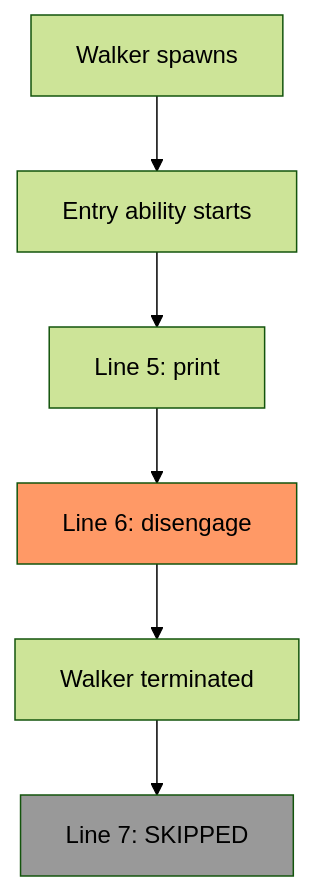
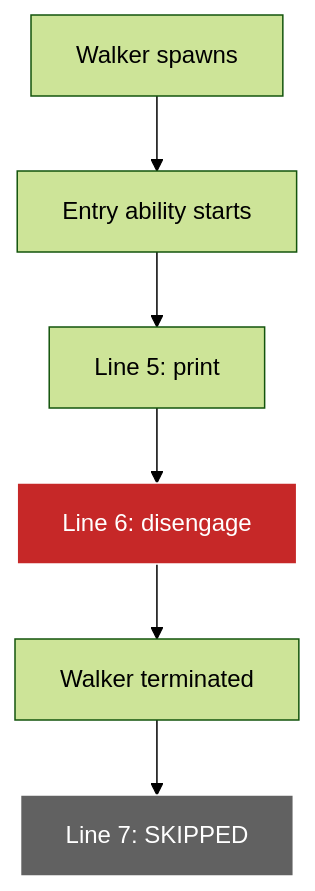
The diagram in jac/examples/reference/object_spatial_walker_statements.md (specialized806/jaseci), drawn with Mermaid (forest theme) before and after one commit. The commit also changed 13 other files, not shown here.

Commit message:
imporve spec diagram styles

````diff
--- a/jac/examples/reference/object_spatial_walker_statements.md
+++ b/jac/examples/reference/object_spatial_walker_statements.md
@@ -36,11 +36,11 @@
 ```mermaid
 graph TD
     A[Walker spawns] --> B[Entry ability starts]
     B --> C[Line 5: print]
     C --> D[Line 6: disengage]
     D --> E[Walker terminated]
     E --> F[Line 7: SKIPPED]
 
-    style D fill:#f96
-    style F fill:#999
+    style D fill:#c62828,stroke:#fff,color:#fff
+    style F fill:#616161,stroke:#fff,color:#fff
 ```
````
